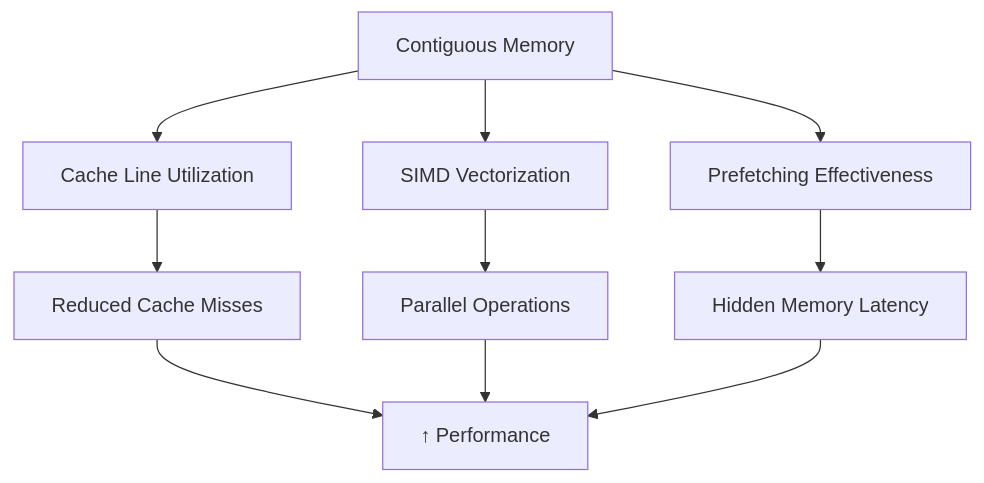
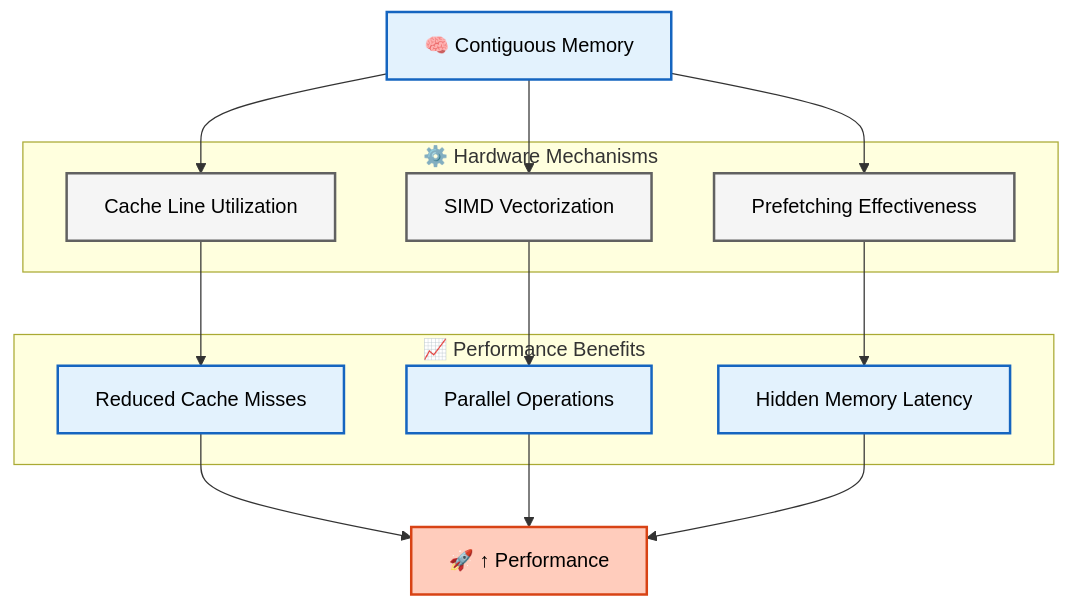
The second of 3 diagrams in MODULE_05_OPENFOAM_PROGRAMMING/CONTENT/01_FOUNDATION_PRIMITIVES/07_Exercises.md (wramet/build-my-cfd), drawn with Mermaid before and after one commit. The commit also changed other lines of this file and 313 other files, not shown here.

Commit message:
Revise all diagram

````diff
--- a/MODULE_05_OPENFOAM_PROGRAMMING/CONTENT/01_FOUNDATION_PRIMITIVES/07_Exercises.md
+++ b/MODULE_05_OPENFOAM_PROGRAMMING/CONTENT/01_FOUNDATION_PRIMITIVES/07_Exercises.md
@@ -178,14 +181,29 @@
 ```mermaid
 graph TD
-    A[Contiguous Memory] --> B[Cache Line Utilization]
-    A --> C[SIMD Vectorization]
-    A --> D[Prefetching Effectiveness]
+%% Classes
+classDef explicit fill:#ffccbc,stroke:#d84315,stroke-width:2px,color:#000
+classDef implicit fill:#e3f2fd,stroke:#1565c0,stroke-width:2px,color:#000
+classDef context fill:#f5f5f5,stroke:#616161,stroke-width:2px,color:#000
 
-    B --> E[Reduced Cache Misses]
-    C --> F[Parallel Operations]
-    D --> G[Hidden Memory Latency]
+A["🧠 Contiguous Memory"]:::implicit
 
-    E --> H[↑ Performance]
-    F --> H
-    G --> H
+subgraph Mechanisms["⚙️ Hardware Mechanisms"]
+    B["Cache Line Utilization"]:::context
+    C["SIMD Vectorization"]:::context
+    D["Prefetching Effectiveness"]:::context
+end
+
+subgraph Benefits["📈 Performance Benefits"]
+    E["Reduced Cache Misses"]:::implicit
+    F["Parallel Operations"]:::implicit
+    G["Hidden Memory Latency"]:::implicit
+end
+
+H["🚀 ↑ Performance"]:::explicit
+
+A --> B & C & D
+B --> E
+C --> F
+D --> G
+E & F & G --> H
 ```
````
